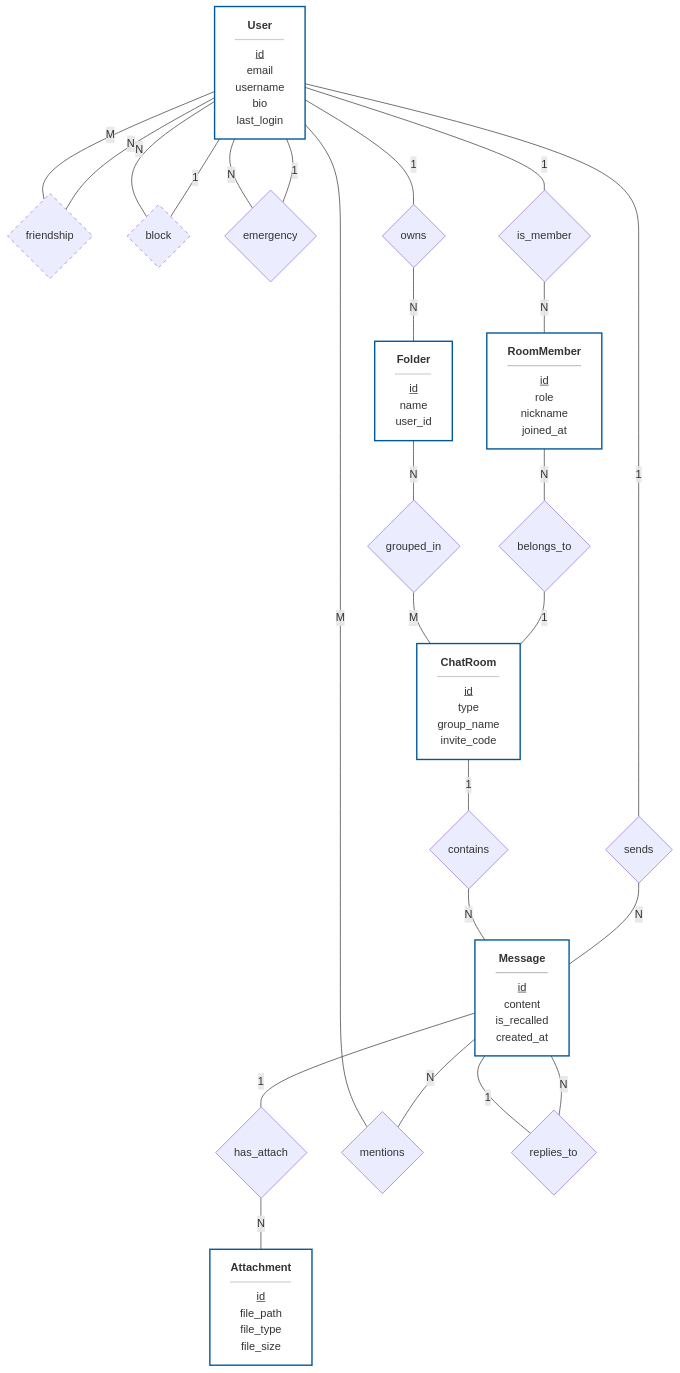
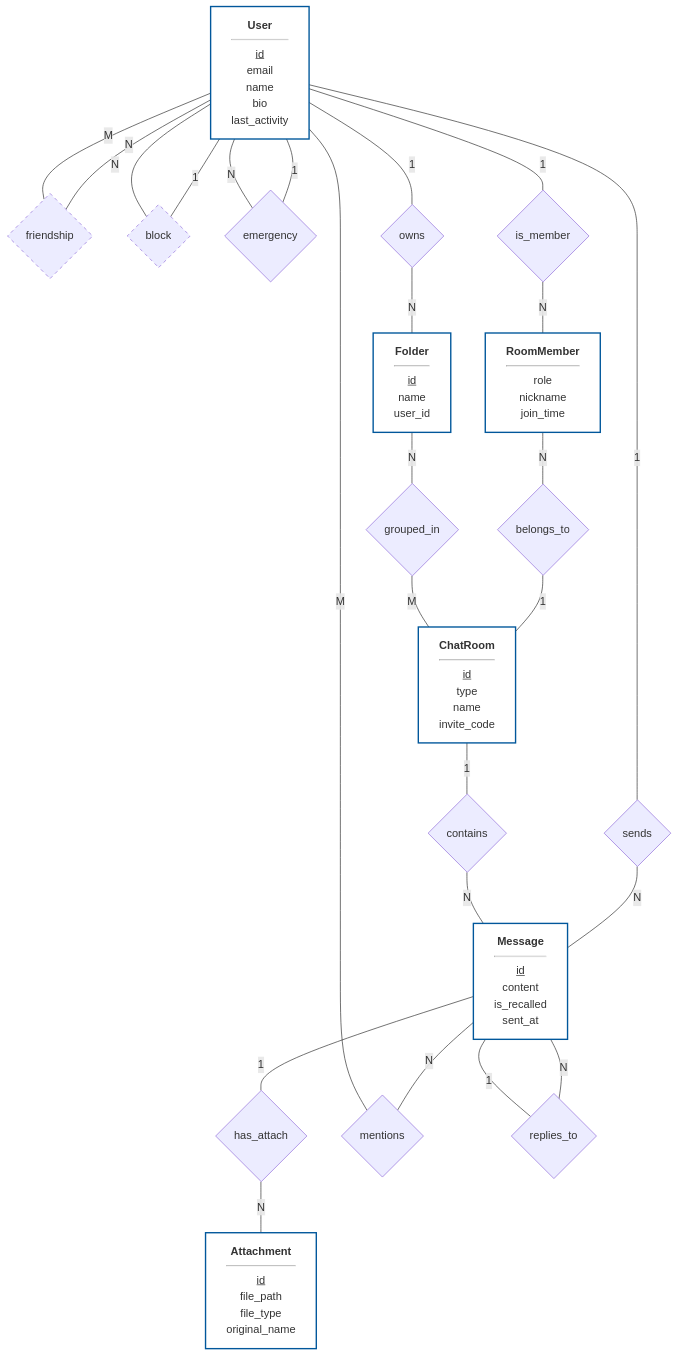
Before and after one commit to nearcsie/near-chat: the diagram in docs/er_diagram.md, drawn with Mermaid. The commit also changed other lines of this file and 3 other files, not shown here.

Commit message:
docs: align API, ER diagram, and relational schema with active DB

````diff
--- a/docs/er_diagram.md
+++ b/docs/er_diagram.md
@@ -5,80 +5,80 @@
 ```mermaid
 flowchart TD
     %% --- Style Definitions ---
     classDef entity fill:#fff,stroke:#01579b,stroke-width:2px;
     classDef header fill:#e1f5fe,stroke:#01579b,stroke-width:2px,font-weight:bold;
     classDef relation fill:#fff,stroke:#333,stroke-width:1.5px,font-style:italic;
 
     %% --- Entity Layer 1: Actors & Organization ---
-    User["<b>User</b><hr/><u>id</u><br/>email<br/>username<br/>bio<br/>last_login"]
+    User["<b>User</b><hr/><u>id</u><br/>email<br/>name<br/>bio<br/>last_activity"]
     Folder["<b>Folder</b><hr/><u>id</u><br/>name<br/>user_id"]
     class User,Folder entity;
 
     %% --- Entity Layer 2: Logic & Channel ---
-    ChatRoom["<b>ChatRoom</b><hr/><u>id</u><br/>type<br/>group_name<br/>invite_code"]
-    RoomMember["<b>RoomMember</b><hr/><u>id</u><br/>role<br/>nickname<br/>joined_at"]
+    ChatRoom["<b>ChatRoom</b><hr/><u>id</u><br/>type<br/>name<br/>invite_code"]
+    RoomMember["<b>RoomMember</b><hr/>role<br/>nickname<br/>join_time"]
     class ChatRoom,RoomMember entity;
 
     %% --- Entity Layer 3: Content & Data ---
-    Message["<b>Message</b><hr/><u>id</u><br/>content<br/>is_recalled<br/>created_at"]
-    Attachment["<b>Attachment</b><hr/><u>id</u><br/>file_path<br/>file_type<br/>file_size"]
+    Message["<b>Message</b><hr/><u>id</u><br/>content<br/>is_recalled<br/>sent_at"]
+    Attachment["<b>Attachment</b><hr/><u>id</u><br/>file_path<br/>file_type<br/>original_name"]
     class Message,Attachment entity;
 
     %% --- Relationship Diamonds ---
     rel_friend{friendship}
     rel_block{block}
     rel_emergency{emergency}
     rel_owns{owns}
     rel_folder_chat{grouped_in}
     rel_member{is_member}
     rel_room{belongs_to}
     rel_sends{sends}
     rel_contains{contains}
     rel_attach{has_attach}
     rel_mention{mentions}
     rel_reply{replies_to}
 
     %% --- Layout & Connections with Cardinality (1, N, M) ---
     
     %% User Social (Top) - N:M Relationships
     User -- N --- rel_friend
     rel_friend -- M --- User
     
     User -- 1 --- rel_block
     rel_block -- N --- User
     
     User -- 1 --- rel_emergency
     rel_emergency -- N --- User
 
     %% User to Room (Middle)
     User -- 1 --- rel_member
     rel_member -- N --- RoomMember
     RoomMember -- N --- rel_room
     rel_room -- 1 --- ChatRoom
     
     %% Folder Organization (Side)
     User -- 1 --- rel_owns
     rel_owns -- N --- Folder
     Folder -- N --- rel_folder_chat
     rel_folder_chat -- M --- ChatRoom
 
     %% Messaging (Bottom)
     User -- 1 --- rel_sends
     rel_sends -- N --- Message
     
     ChatRoom -- 1 --- rel_contains
     rel_contains -- N --- Message
     
     Message -- 1 --- rel_attach
     rel_attach -- N --- Attachment
     
     Message -- N --- rel_mention
     rel_mention -- M --- User
     
     Message -- N --- rel_reply
     rel_reply -- 1 --- Message
 
     %% --- Styling Applied ---
     style rel_friend stroke-dasharray: 5 5
     style rel_block stroke-dasharray: 5 5
 ```
````
